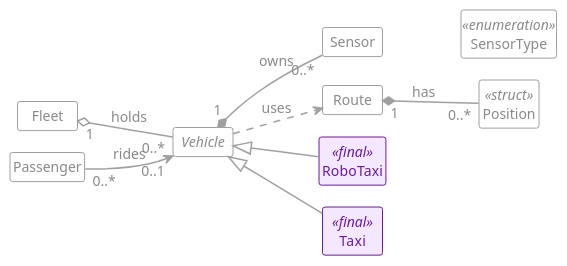
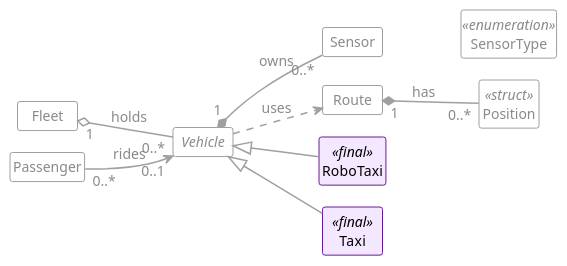
Before and after one commit to zeidk/enpm702-fall-2026-cpp: the diagram in project/week9/uml/model_l9_final.plantuml, drawn with PlantUML. The commit also changed 39 other files, not shown here.

```diff
--- a/project/week9/uml/model_l9_final.plantuml
+++ b/project/week9/uml/model_l9_final.plantuml
@@ -1,91 +1,91 @@
 @startuml model_l9_final
 ' Generated for the slides.
 !theme mono
 skinparam backgroundColor white
 skinparam defaultFontName "Fira Sans"
 skinparam defaultFontSize 14
 skinparam shadowing false
 skinparam classAttributeIconSize 0
 skinparam nodesep 22
 skinparam ranksep 50
 skinparam ArrowThickness 1.5
 hide circle
 hide members
 skinparam minClassWidth 60
 skinparam classStereotypeFontSize 14
 left to right direction
 
 class Fleet #back:FFFFFF;line:A0A0A0;text:8A8A8A {
   - vehicles_ : vector<shared_ptr<Vehicle>>
   + add(shared_ptr<Vehicle>) : void
   + remove(int) : bool
   + size() : size_t
 }
 class Passenger #back:FFFFFF;line:A0A0A0;text:8A8A8A {
   - name_ : string
   - ride_ : weak_ptr<Vehicle>
   + board(shared_ptr<Vehicle>) : void
   + leave() : void
 }
 abstract class Vehicle #back:FFFFFF;line:A0A0A0;text:8A8A8A {
   - id_ : int
   - {static} next_id_ : int
   - max_speed_ : double
   - speed_ : double
   - color_ : string
   - mileage_ : double
   - sensors_ : vector<unique_ptr<Sensor>>
   + Vehicle(double)
   + get_id() : int
   + get_color() : const string&
   + get_max_speed() : double
   + get_speed() : double
   + set_speed(double) : void
   + get_mileage() : double
   + add_mileage(double) : void
   + add_sensor(SensorType, double) : int
   + sensor_count() : size_t
   + get_sensors() : const vector<unique_ptr<Sensor>>&
   + {abstract} drive(const Route&) : void
   # log_event(const string&) : void
 }
 class Sensor #back:FFFFFF;line:A0A0A0;text:8A8A8A {
   - id_ : int
   - type_ : SensorType
   - range_ : double
   + Sensor(int, SensorType, double)
   + get_id() : int
   + get_type() : SensorType
   + get_range() : double
 }
 enum SensorType <<enumeration>> #back:FFFFFF;line:A0A0A0;text:8A8A8A {
   lidar
   camera
   radar
 }
 class Route #back:FFFFFF;line:A0A0A0;text:8A8A8A {
   - waypoints_ : vector<Position>
   + add(Position) : void
   + length() : double
 }
 class Position <<struct>> #back:FFFFFF;line:A0A0A0;text:8A8A8A {
   + x : double
   + y : double
 }
-class RoboTaxi <<final>> #back:F3E8FF;line:6A1B9A;text:6A1B9A {
+class RoboTaxi <<final>> #back:F3E8FF;line:6A1B9A;text:000000 {
   + drive(const Route&) : void
 }
-class Taxi <<final>> #back:F3E8FF;line:6A1B9A;text:6A1B9A {
+class Taxi <<final>> #back:F3E8FF;line:6A1B9A;text:000000 {
   - driver_name_ : string
   + drive(const Route&) : void
 }
 
 Fleet "<color:#8A8A8A>1</color>" o-[#A0A0A0]- "<color:#8A8A8A>0..*</color>" Vehicle : <color:#8A8A8A>holds</color>
 Passenger "<color:#8A8A8A>0..*</color>" -[#A0A0A0]-> "<color:#8A8A8A>0..1</color>" Vehicle : <color:#8A8A8A>rides</color>
 Vehicle "<color:#8A8A8A>1</color>" *-[#A0A0A0]- "<color:#8A8A8A>0..*</color>" Sensor : <color:#8A8A8A>owns</color>
 Vehicle .[#A0A0A0].> Route : <color:#8A8A8A>uses</color>
 Route "<color:#8A8A8A>1</color>" *-[#A0A0A0]- "<color:#8A8A8A>0..*</color>" Position : <color:#8A8A8A>has</color>
 Sensor -[hidden]-> SensorType
 Vehicle <|-[#A0A0A0]- RoboTaxi
 Vehicle <|-[#A0A0A0]- Taxi
 @enduml
```
